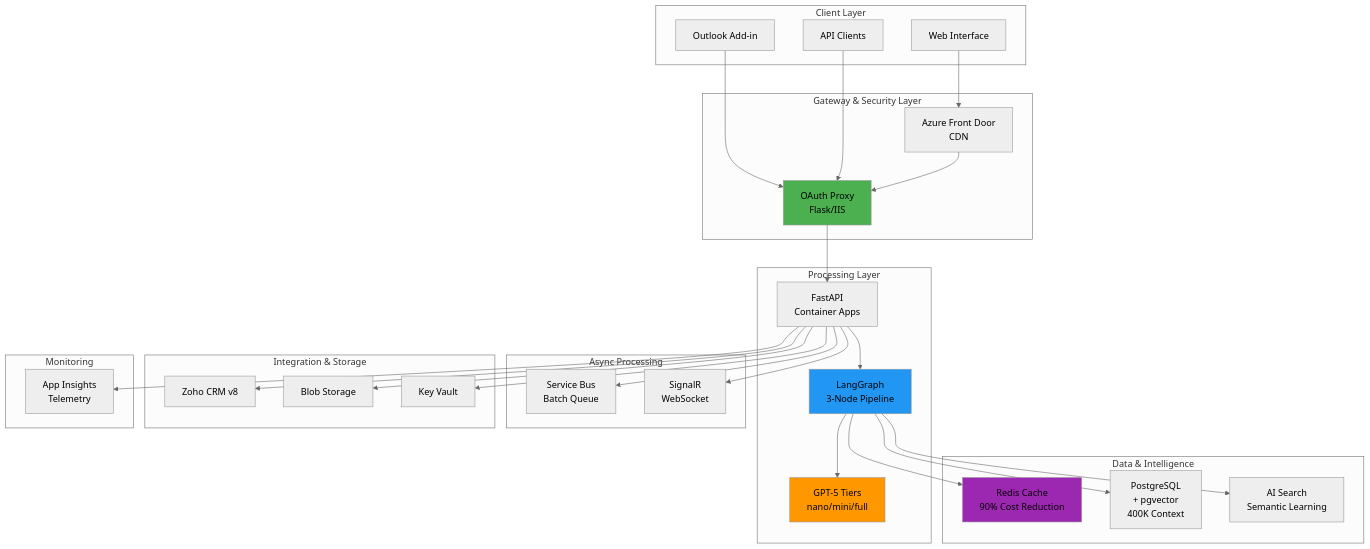
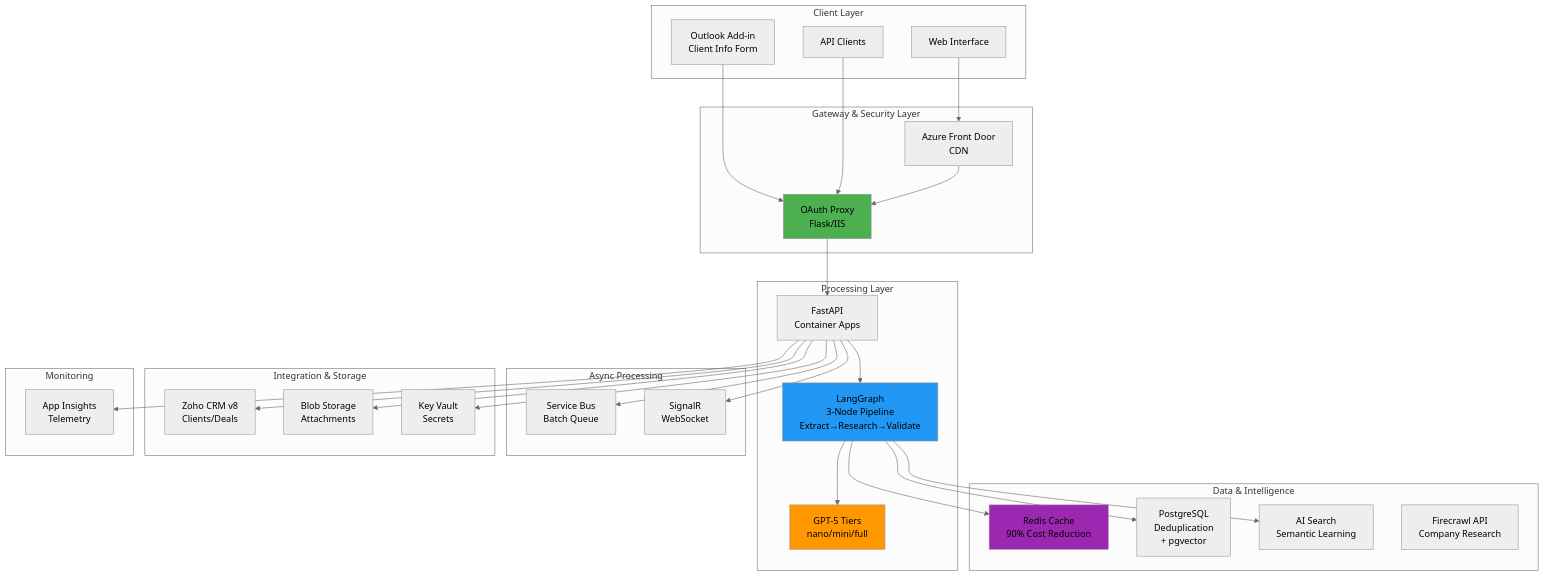
One commit to romiteld/ZohoDealCreation changed the first of 3 diagrams in README.md. Above: the diagram before and after it, drawn with Mermaid (neutral theme). The commit also changed other lines of this file and 14 other files, not shown here.

First line of the commit message:
Fix: Correct client info extraction - stop pulling referrer location/company

````diff
--- a/README.md
+++ b/README.md
@@ -61,62 +64,63 @@
 ```mermaid
 graph TB
     subgraph "Client Layer"
-        OA[Outlook Add-in]
+        OA[Outlook Add-in<br/>Client Info Form]
         API_CLIENT[API Clients]
         WEB[Web Interface]
     end
 
     subgraph "Gateway & Security Layer"
         PROXY[OAuth Proxy<br/>Flask/IIS]
         FD[Azure Front Door<br/>CDN]
     end
 
     subgraph "Processing Layer"
         API[FastAPI<br/>Container Apps]
-        LG[LangGraph<br/>3-Node Pipeline]
+        LG[LangGraph<br/>3-Node Pipeline<br/>Extract→Research→Validate]
         GPT[GPT-5 Tiers<br/>nano/mini/full]
     end
 
     subgraph "Data & Intelligence"
         CACHE[Redis Cache<br/>90% Cost Reduction]
-        PG[PostgreSQL<br/>+ pgvector<br/>400K Context]
+        PG[PostgreSQL<br/>Deduplication<br/>+ pgvector]
         SEARCH[AI Search<br/>Semantic Learning]
+        FIRE[Firecrawl API<br/>Company Research]
     end
 
     subgraph "Async Processing"
         SB[Service Bus<br/>Batch Queue]
         SR[SignalR<br/>WebSocket]
     end
 
     subgraph "Integration & Storage"
-        ZOHO[Zoho CRM v8]
-        BLOB[Blob Storage]
-        KV[Key Vault]
+        ZOHO[Zoho CRM v8<br/>Clients/Deals]
+        BLOB[Blob Storage<br/>Attachments]
+        KV[Key Vault<br/>Secrets]
     end
 
     subgraph "Monitoring"
         AI[App Insights<br/>Telemetry]
     end
 
     OA --> PROXY
     API_CLIENT --> PROXY
     WEB --> FD
     FD --> PROXY
     PROXY --> API
     API --> LG
     LG --> GPT
     LG --> CACHE
     LG --> PG
     LG --> SEARCH
     API --> SB
     API --> SR
     API --> ZOHO
     API --> BLOB
     API --> KV
     API --> AI
 
     style LG fill:#2196F3
     style GPT fill:#FF9800
     style CACHE fill:#9C27B0
     style PROXY fill:#4CAF50
 ```
````
